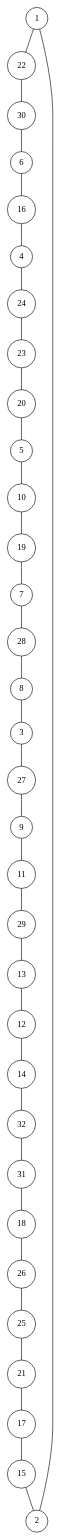
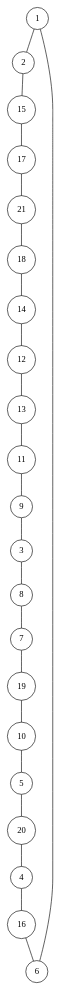
The diagram in data_generated/random1716955679/random1716955679.1.dot (lugot/tsp-approximation), drawn with Graphviz before and after one commit. The commit also changed 29 other files, not shown here.

```diff
--- a/data_generated/random1716955679/random1716955679.1.dot
+++ b/data_generated/random1716955679/random1716955679.1.dot
@@ -1,68 +1,46 @@
 graph random1716955679 {
 	node [shape=circle fillcolor=white]
 	1 [ pos = "2.888563,2.938799!"]
 	2 [ pos = "5.979193,3.742232!"]
 	3 [ pos = "19.204047,19.623305!"]
 	4 [ pos = "0.090760,14.916853!"]
 	5 [ pos = "6.952253,17.640141!"]
 	6 [ pos = "4.485589,6.612680!"]
 	7 [ pos = "9.853760,12.406870!"]
 	8 [ pos = "17.241166,19.441588!"]
 	9 [ pos = "17.250827,13.102488!"]
 	10 [ pos = "8.194523,14.814104!"]
 	11 [ pos = "16.449382,11.034476!"]
 	12 [ pos = "20.000000,3.412952!"]
 	13 [ pos = "18.031777,5.099406!"]
 	14 [ pos = "14.637593,3.621221!"]
 	15 [ pos = "7.098284,7.294717!"]
 	16 [ pos = "3.256702,9.986846!"]
 	17 [ pos = "10.233516,9.235894!"]
 	18 [ pos = "13.729078,9.245684!"]
 	19 [ pos = "8.667320,13.819838!"]
 	20 [ pos = "3.970658,15.619573!"]
 	21 [ pos = "11.268101,8.456247!"]
-	22 [ pos = "2.040374,0.929982!"]
-	23 [ pos = "0.671238,19.281540!"]
-	24 [ pos = "0.179691,17.922065!"]
-	25 [ pos = "12.192149,8.374214!"]
-	26 [ pos = "12.544291,8.449653!"]
-	27 [ pos = "19.408690,12.352412!"]
-	28 [ pos = "11.862605,17.248589!"]
-	29 [ pos = "17.451818,6.308319!"]
-	30 [ pos = "0.677931,4.358223!"]
-	31 [ pos = "13.603037,3.934632!"]
-	32 [ pos = "14.345070,3.644674!"]
 
-	1 -- 22
-	2 -- 1
-	3 -- 27
-	4 -- 24
-	5 -- 10
-	6 -- 16
-	7 -- 28
-	8 -- 3
-	9 -- 11
-	10 -- 19
-	11 -- 29
-	12 -- 14
-	13 -- 12
-	14 -- 32
-	15 -- 2
-	16 -- 4
-	17 -- 15
-	18 -- 26
-	19 -- 7
-	20 -- 5
-	21 -- 17
-	22 -- 30
-	23 -- 20
-	24 -- 23
-	25 -- 21
-	26 -- 25
-	27 -- 9
-	28 -- 8
-	29 -- 13
-	30 -- 6
-	31 -- 18
-	32 -- 31
+	1 -- 2
+	2 -- 15
+	3 -- 8
+	4 -- 16
+	5 -- 20
+	6 -- 1
+	7 -- 19
+	8 -- 7
+	9 -- 3
+	10 -- 5
+	11 -- 9
+	12 -- 13
+	13 -- 11
+	14 -- 12
+	15 -- 17
+	16 -- 6
+	17 -- 21
+	18 -- 14
+	19 -- 10
+	20 -- 4
+	21 -- 18
 }
```
